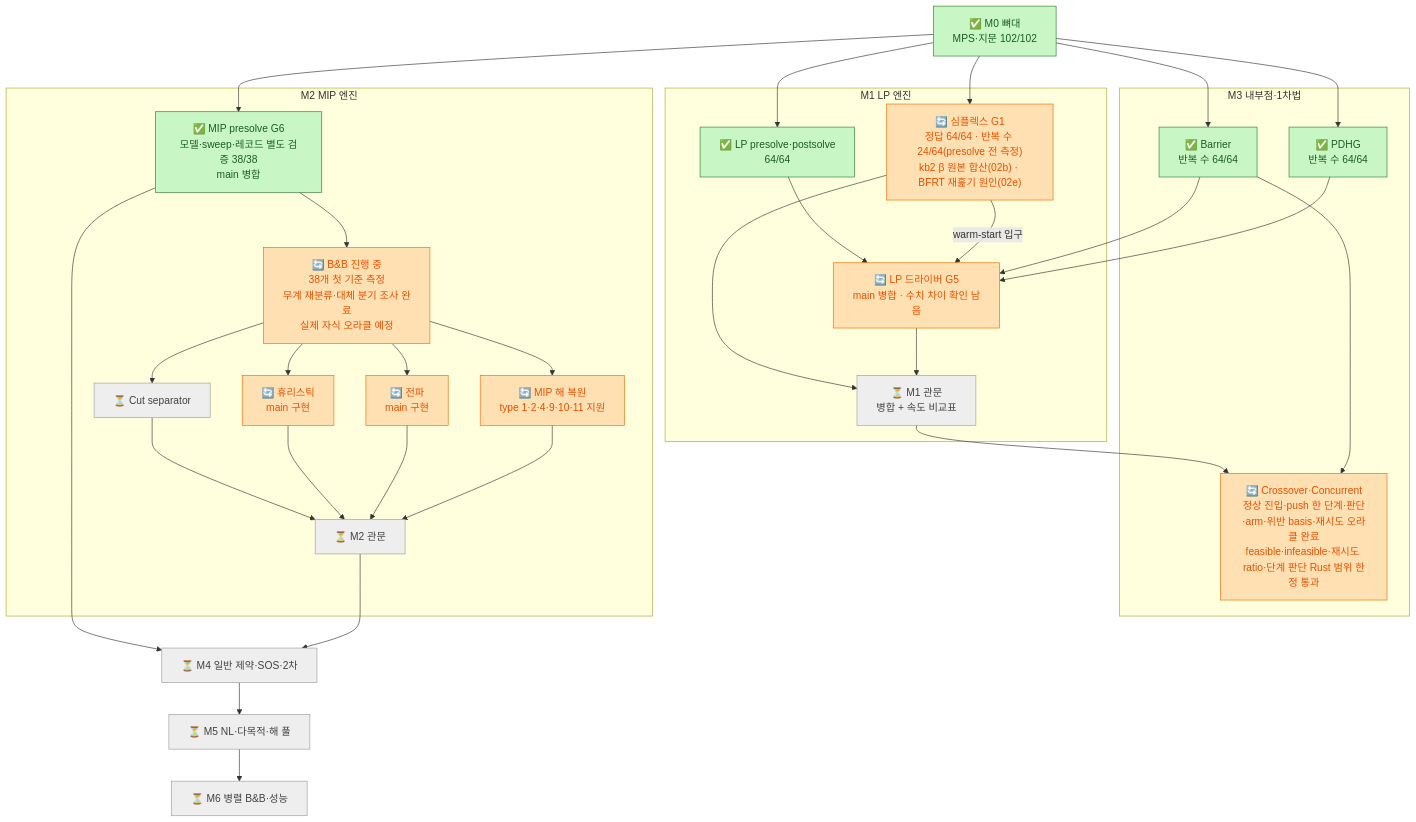
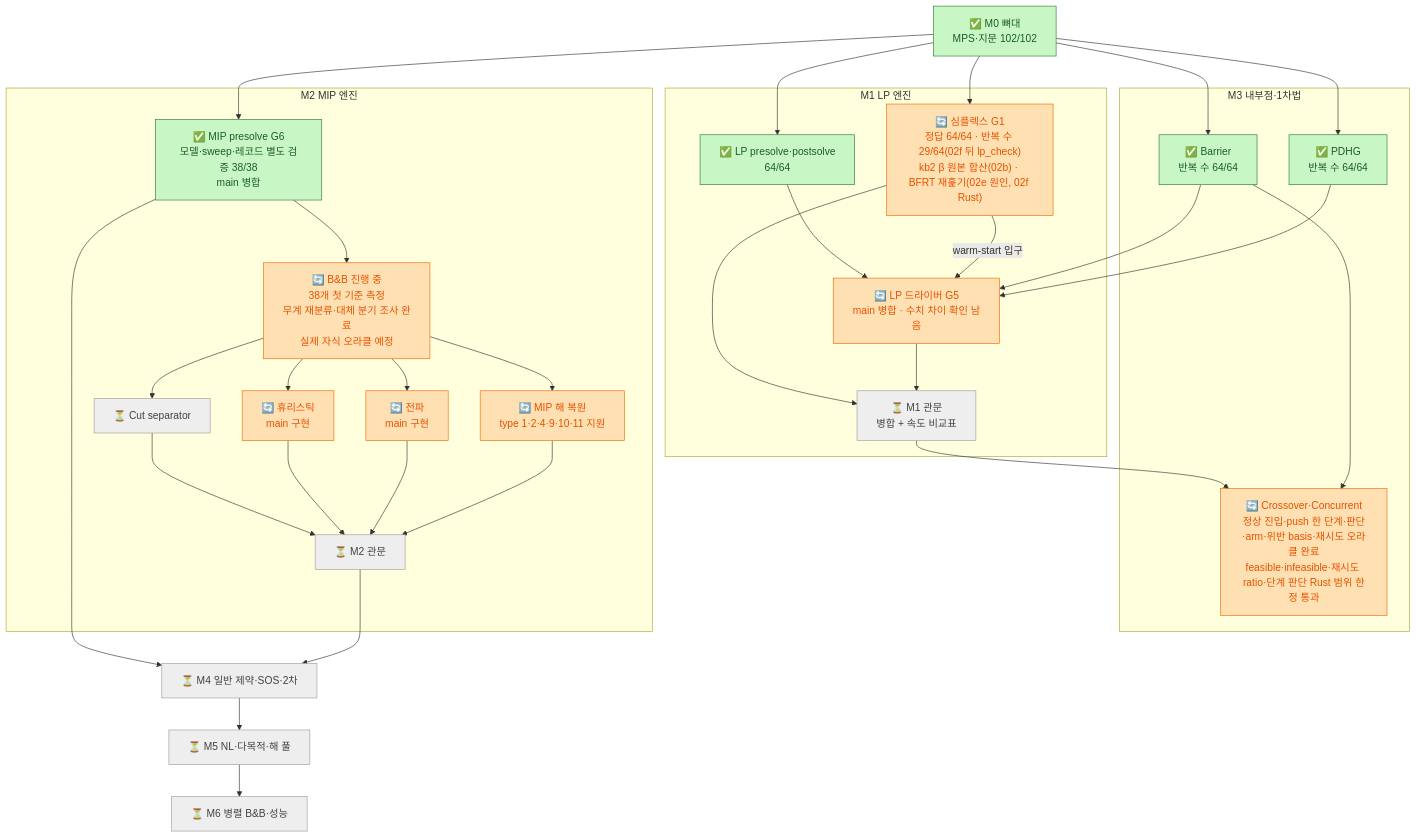
Before and after one commit to kjh278231/kerobi: the diagram in docs/12_roadmap_diagram.md, drawn with Mermaid. The commit also changed other lines of this file and 6 other files, not shown here.

````diff
--- a/docs/12_roadmap_diagram.md
+++ b/docs/12_roadmap_diagram.md
@@ -93,49 +95,49 @@
 ```mermaid
 flowchart TD
     classDef done fill:#c8f7c5,stroke:#2e7d32,color:#1b5e20
     classDef doing fill:#ffe0b2,stroke:#ef6c00,color:#e65100
     classDef pending fill:#bbdefb,stroke:#1565c0,color:#0d47a1
     classDef todo fill:#eeeeee,stroke:#9e9e9e,color:#424242
 
     M0["✅ M0 뼈대<br/>MPS·지문 102/102"]:::done
 
     subgraph M1["M1 LP 엔진"]
         PRE["✅ LP presolve·postsolve<br/>64/64"]:::done
-        SPX["🔄 심플렉스 G1<br/>정답 64/64 · 반복 수 24/64(presolve 전 측정)<br/>kb2 β 원본 합산(02b) · BFRT 재훑기 원인(02e)"]:::doing
+        SPX["🔄 심플렉스 G1<br/>정답 64/64 · 반복 수 29/64(02f 뒤 lp_check)<br/>kb2 β 원본 합산(02b) · BFRT 재훑기(02e 원인, 02f Rust)"]:::doing
         DRV["🔄 LP 드라이버 G5<br/>main 병합 · 수치 차이 확인 남음"]:::doing
         GATE1["⏳ M1 관문<br/>병합 + 속도 비교표"]:::todo
     end
 
     subgraph M3["M3 내부점·1차법"]
         BAR["✅ Barrier<br/>반복 수 64/64"]:::done
         PDHG["✅ PDHG<br/>반복 수 64/64"]:::done
         XO["🔄 Crossover·Concurrent<br/>정상 진입·push 한 단계·판단·arm·위반 basis·재시도 오라클 완료<br/>feasible·infeasible·재시도 ratio·단계 판단 Rust 범위 한정 통과"]:::doing
     end
 
     subgraph M2["M2 MIP 엔진"]
         MPRE["✅ MIP presolve G6<br/>모델·sweep·레코드 별도 검증 38/38<br/>main 병합"]:::done
         BNB["🔄 B&B 진행 중<br/>38개 첫 기준 측정<br/>무계 재분류·대체 분기 조사 완료<br/>실제 자식 오라클 예정"]:::doing
         CUT["⏳ Cut separator"]:::todo
         HEU["🔄 휴리스틱<br/>main 구현"]:::doing
         PROP["🔄 전파<br/>main 구현"]:::doing
         POST["🔄 MIP 해 복원<br/>type 1·2·4·9·10·11 지원"]:::doing
         GATE2["⏳ M2 관문"]:::todo
     end
 
     M4["⏳ M4 일반 제약·SOS·2차"]:::todo
     M5["⏳ M5 NL·다목적·해 풀"]:::todo
     M6["⏳ M6 병렬 B&B·성능"]:::todo
 
     M0 --> PRE & SPX & BAR & PDHG & MPRE
     PRE --> DRV
     BAR & PDHG --> DRV
     SPX -- "warm-start 입구" --> DRV
     SPX & DRV --> GATE1
     GATE1 --> XO
     BAR --> XO
     MPRE --> BNB
     BNB --> CUT & HEU & PROP & POST
     CUT & HEU & PROP & POST --> GATE2
     MPRE --> M4
     GATE2 --> M4 --> M5 --> M6
 ```
````
